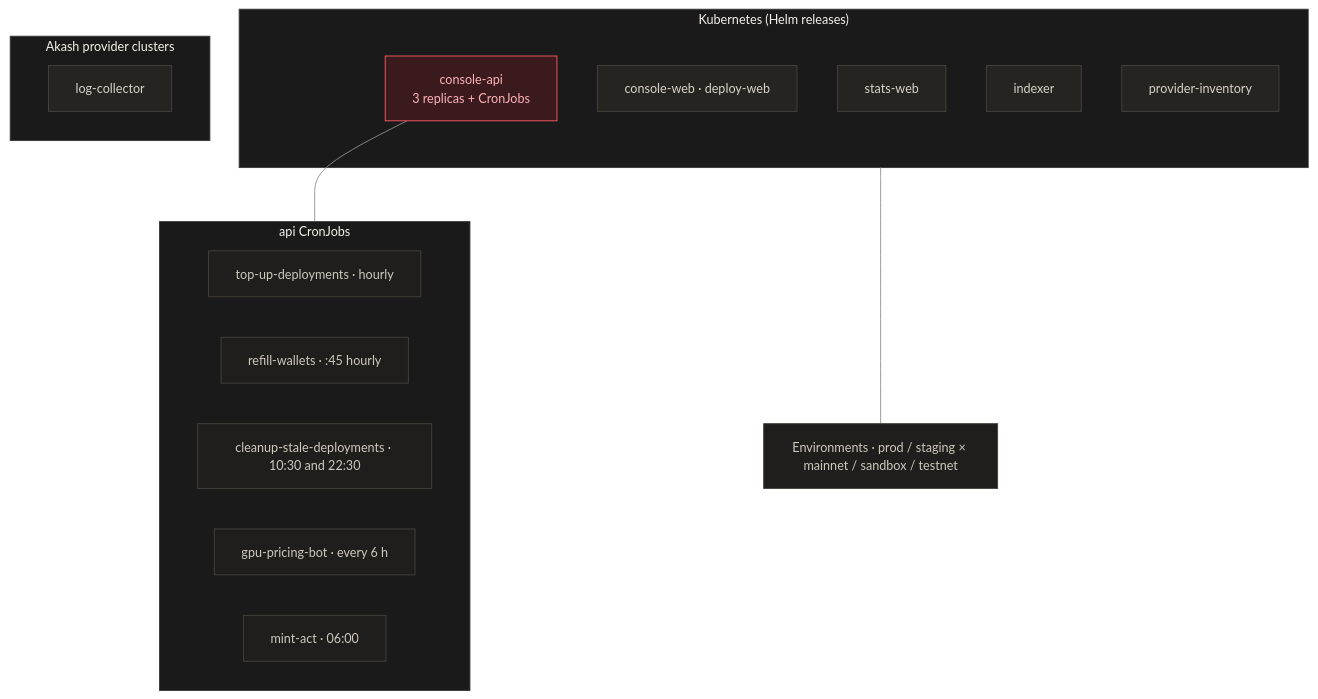
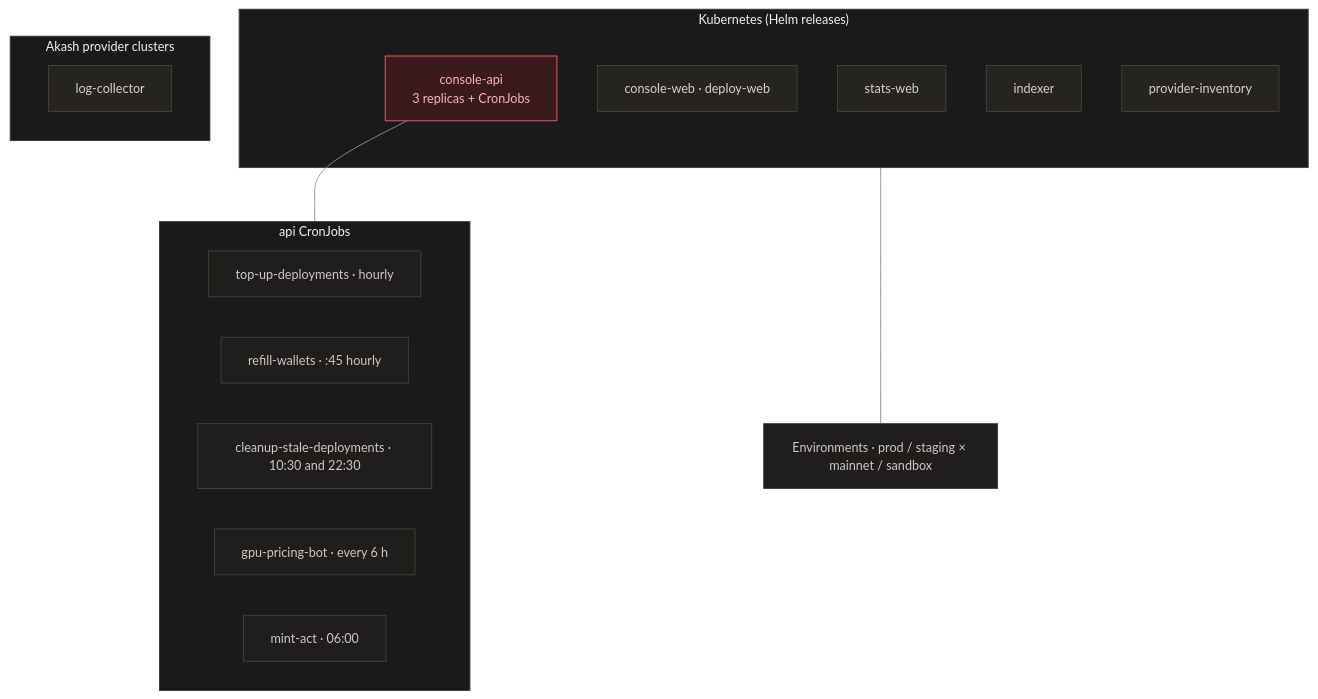
The third of 3 diagrams in doc/architecture.md (akash-network/console), drawn with Mermaid before and after one commit. The commit also changed other lines of this file and 11 other files, not shown here.

````diff
--- a/doc/architecture.md
+++ b/doc/architecture.md
@@ -129,28 +129,28 @@
 ```mermaid
 %%{init: {'theme':'base','themeVariables':{'fontFamily':'Geist, Inter, system-ui, sans-serif','fontSize':'14px','background':'#171717','primaryColor':'#242422','primaryTextColor':'#e7e3da','primaryBorderColor':'#45423c','lineColor':'#8f8f8f','textColor':'#d9d5cd','clusterBkg':'#1a1a1a','clusterBorder':'#3a3a3a','titleColor':'#f5f2ec','edgeLabelBackground':'#1a1a1a'},'flowchart':{'curve':'basis','nodeSpacing':45,'rankSpacing':60}}}%%
 flowchart TB
   classDef primary fill:#3a1a1d,stroke:#ff5a63,color:#ffb3b7;
   classDef svc fill:#262421,stroke:#47433c,color:#d9d3c8;
   classDef env fill:#201e1c,stroke:#45423c,color:#cfc9be;
 
   subgraph k8s["Kubernetes (Helm releases)"]
     A["console-api<br/>3 replicas + CronJobs"]:::primary
     W["console-web · deploy-web"]:::svc
     S["stats-web"]:::svc
     I["indexer"]:::svc
     PIv["provider-inventory"]:::svc
   end
   subgraph cron["api CronJobs"]
     C1["top-up-deployments · hourly"]:::env
     C2["refill-wallets · :45 hourly"]:::env
     C3["cleanup-stale-deployments · 10:30 and 22:30"]:::env
     C4["gpu-pricing-bot · every 6 h"]:::env
     C5["mint-act · 06:00"]:::env
   end
   A --- cron
-  ENVS["Environments · prod / staging × mainnet / sandbox / testnet"]:::env
+  ENVS["Environments · prod / staging × mainnet / sandbox"]:::env
   k8s --- ENVS
   subgraph providers["Akash provider clusters"]
     LC["log-collector"]:::svc
   end
 ```
````
